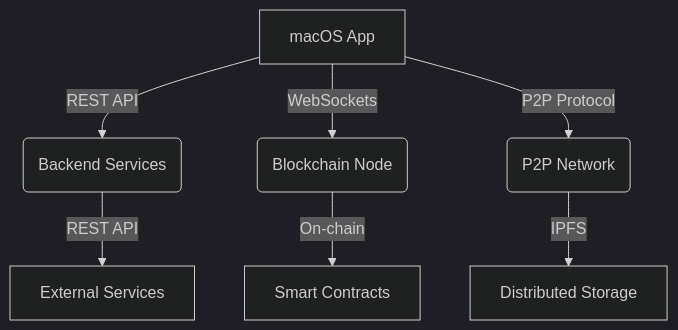
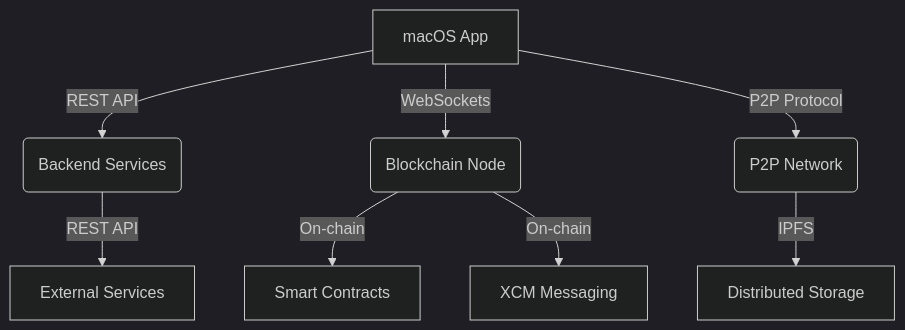
Before and after one commit to sp80808/EchoChain: the diagram in docs/architecture.md, drawn with Mermaid (dark theme). The commit also changed other lines of this file and 10 other files, not shown here.

````diff
--- a/docs/architecture.md
+++ b/docs/architecture.md
@@ -5,9 +5,10 @@
 ```mermaid
 graph TD
     A[macOS App] -->|REST API| B(Backend Services)
     A -->|WebSockets| C(Blockchain Node)
     A -->|P2P Protocol| D(P2P Network)
     B -->|REST API| E[External Services]
     C -->|On-chain| F[Smart Contracts]
-    D -->|IPFS| G[Distributed Storage]
+    C -->|On-chain| G[XCM Messaging]
+    D -->|IPFS| H[Distributed Storage]
 ```
````
